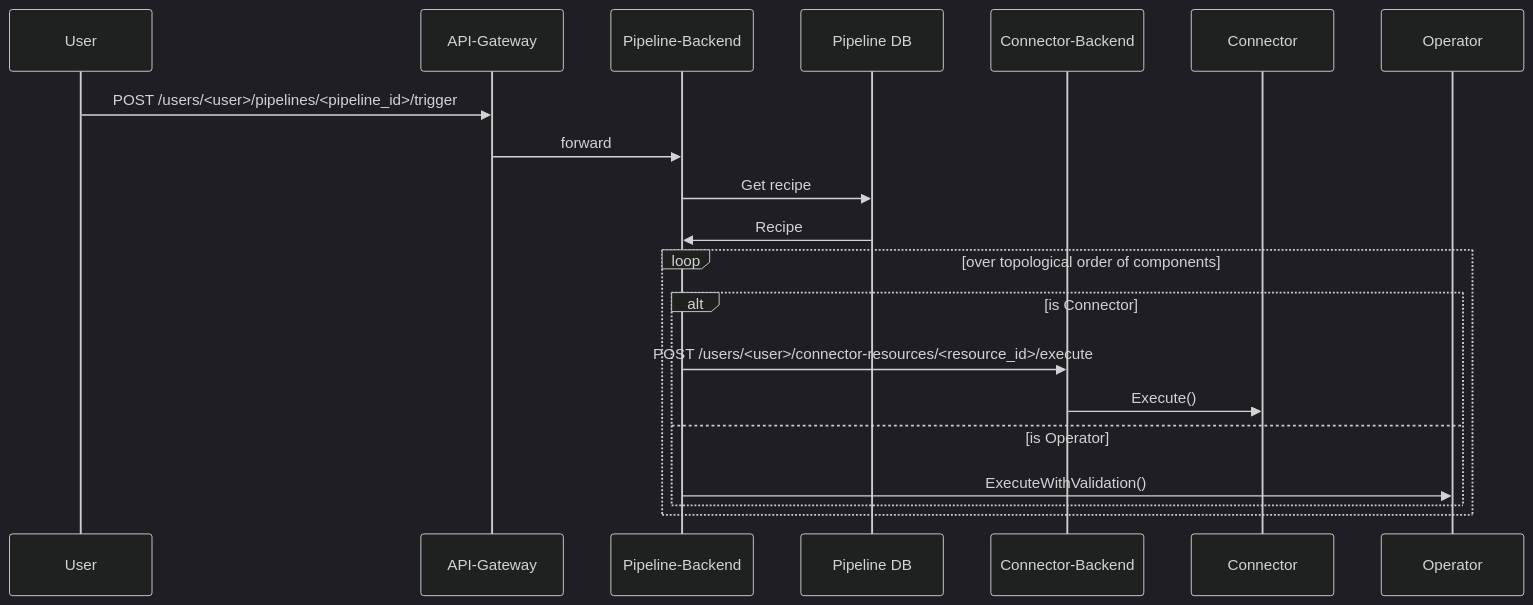
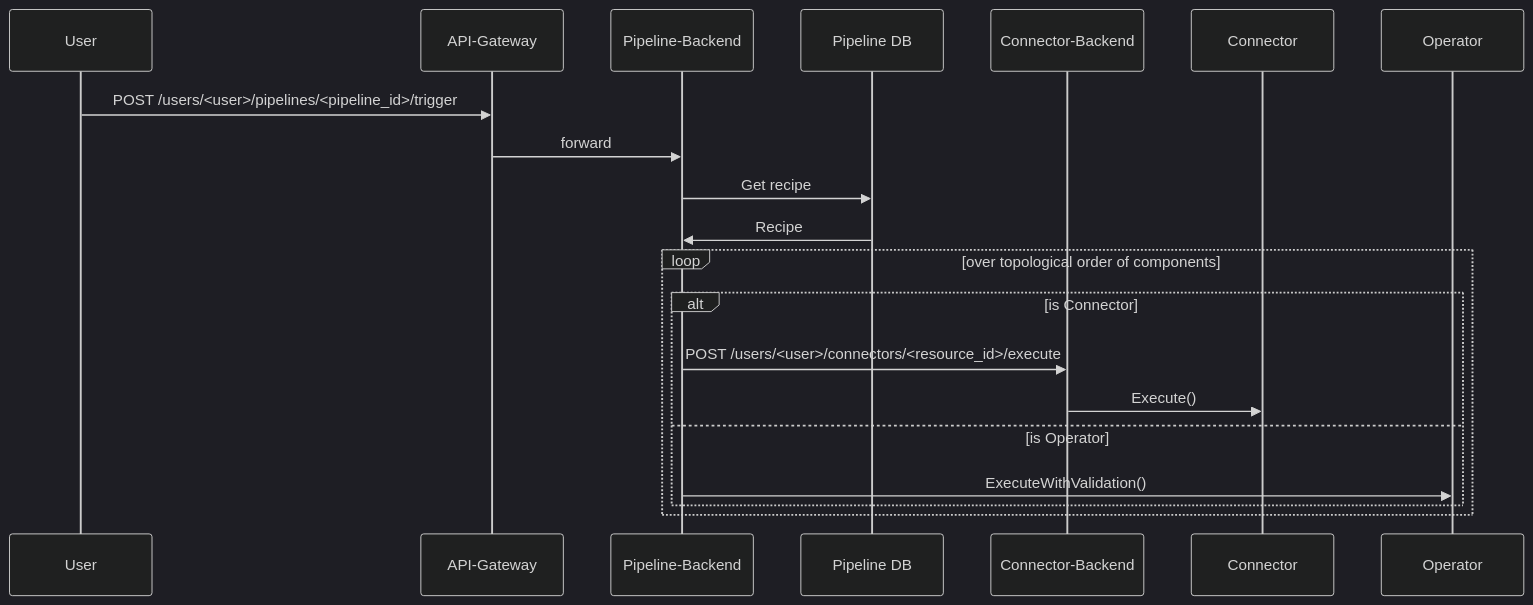
Before and after one commit to instill-ai/component: the fourth of 4 diagrams in .github/CONTRIBUTING.md, drawn with Mermaid (dark theme). The commit also changed other lines of this file and 1 other file, not shown here.

Commit message:
chore(deps): adopt latest protos for retiring connector-backend

````diff
--- a/.github/CONTRIBUTING.md
+++ b/.github/CONTRIBUTING.md
@@ -97,16 +97,16 @@
 ```mermaid
 sequenceDiagram
     User ->> API-Gateway: POST /users/<user>/pipelines/<pipeline_id>/trigger
     API-Gateway ->> Pipeline-Backend: forward
     Pipeline-Backend ->> Pipeline DB: Get recipe
     Pipeline DB ->> Pipeline-Backend: Recipe
     loop over topological order of components
         alt is Connector
-            Pipeline-Backend->>Connector-Backend: POST /users/<user>/connector-resources/<resource_id>/execute
+            Pipeline-Backend->>Connector-Backend: POST /users/<user>/connectors/<resource_id>/execute
             Connector-Backend ->> Connector: Execute()
         else is Operator
             Pipeline-Backend->>Operator: ExecuteWithValidation()
         end
     end
 
 ```
````
